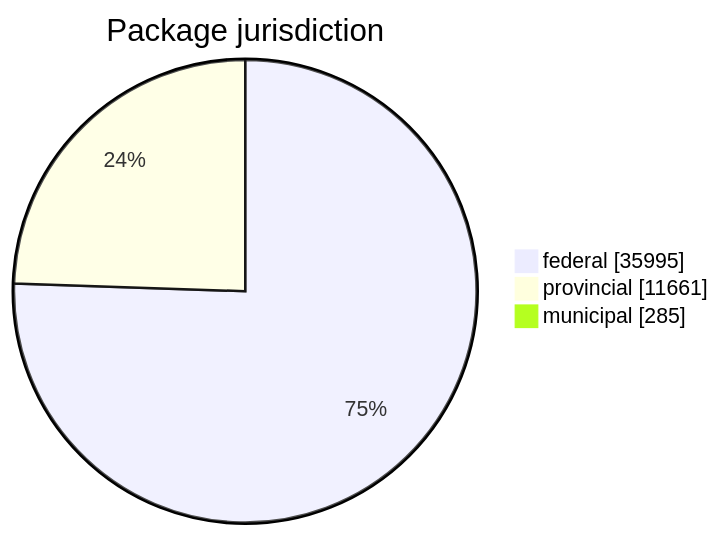
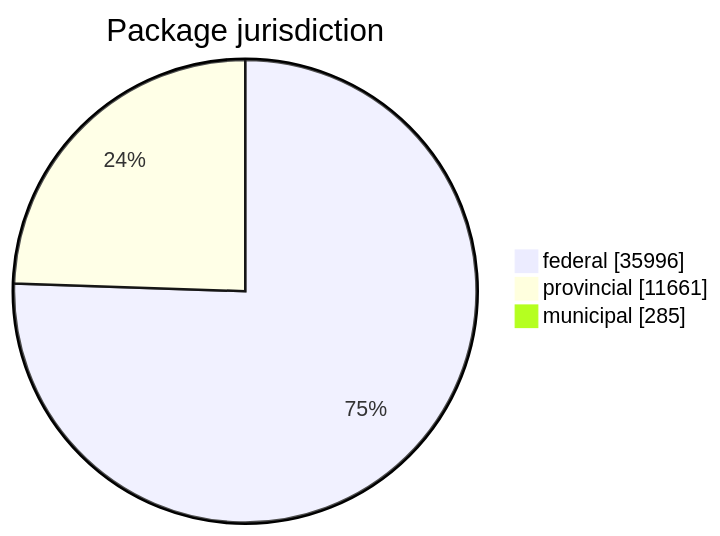
The first of 5 diagrams in FreshCheck/README.md (open-data/analytics-corporate-reporting), drawn with Mermaid before and after one commit. The commit also changed other lines of this file and 3 other files, not shown here.

````diff
--- a/FreshCheck/README.md
+++ b/FreshCheck/README.md
@@ -60,6 +60,6 @@
 ```mermaid
 pie showData title Package jurisdiction
-    "federal": 35995
+    "federal": 35996
     "provincial": 11661
     "municipal": 285
 ```
````
